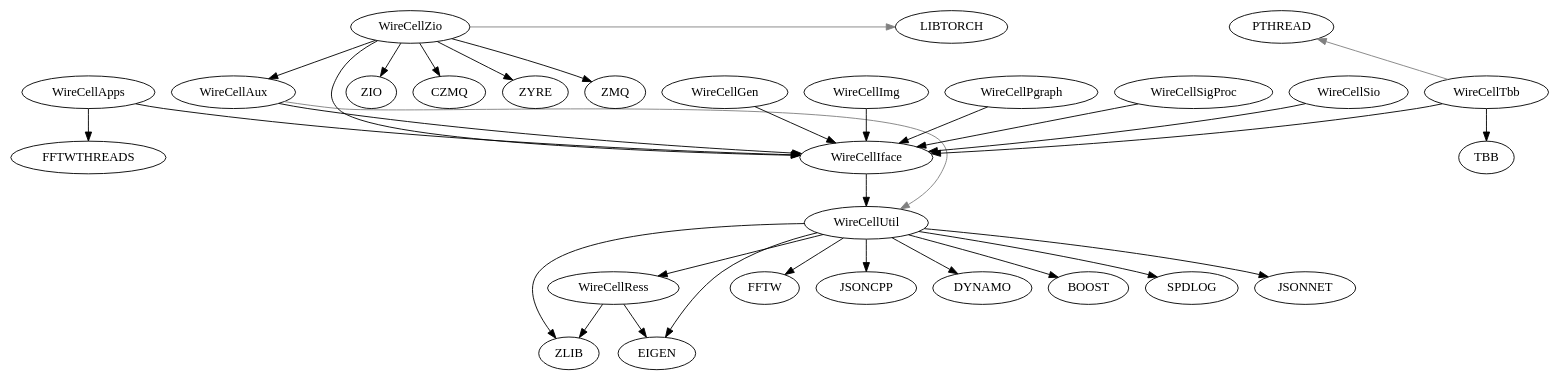
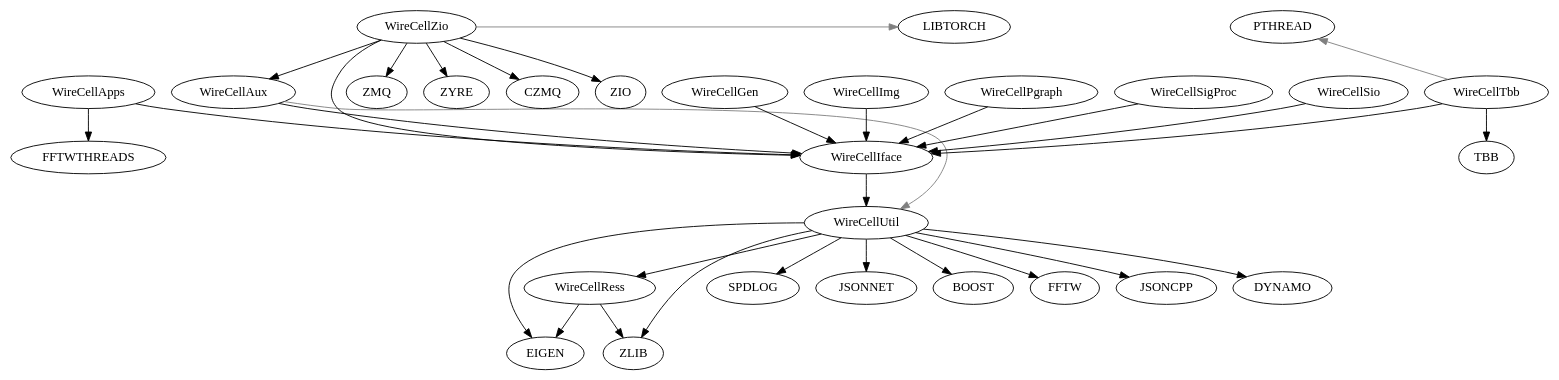
Before and after one commit to zhihuadong/wire-cell-toolkit: the diagram in wct-deps.dot, drawn with Graphviz. The commit also changed other lines of this file and 2 other files, not shown here.

Commit message:
Adapt to move of pack/unpack to util and hide check main when there is no libtorch

```diff
--- a/wct-deps.dot
+++ b/wct-deps.dot
@@ -1,45 +1,45 @@
 digraph deps {
 	"WireCellApps";
 	"WireCellAux";
 	"WireCellGen";
 	"WireCellIface";
 	"WireCellImg";
 	"WireCellPgraph";
 	"WireCellRess";
 	"WireCellSigProc";
 	"WireCellSio";
 	"WireCellTbb";
 	"WireCellUtil";
 	"WireCellZio";
+	"WireCellApps" -> "WireCellIface"[color="black"];
 	"WireCellApps" -> "FFTWTHREADS"[color="black"];
-	"WireCellApps" -> "WireCellIface"[color="black"];
 	"WireCellAux" -> "WireCellIface"[color="black"];
 	"WireCellAux" -> "WireCellUtil"[color="gray",constraint=false];
 	"WireCellGen" -> "WireCellIface"[color="black"];
 	"WireCellIface" -> "WireCellUtil"[color="black"];
 	"WireCellImg" -> "WireCellIface"[color="black"];
 	"WireCellPgraph" -> "WireCellIface"[color="black"];
+	"WireCellRess" -> "EIGEN"[color="black"];
 	"WireCellRess" -> "ZLIB"[color="black"];
-	"WireCellRess" -> "EIGEN"[color="black"];
 	"WireCellSigProc" -> "WireCellIface"[color="black"];
 	"WireCellSio" -> "WireCellIface"[color="black"];
+	"WireCellTbb" -> "WireCellIface"[color="black"];
 	"WireCellTbb" -> "TBB"[color="black"];
-	"WireCellTbb" -> "WireCellIface"[color="black"];
 	"WireCellTbb" -> "PTHREAD"[color="gray",constraint=false];
+	"WireCellUtil" -> "EIGEN"[color="black"];
+	"WireCellUtil" -> "SPDLOG"[color="black"];
+	"WireCellUtil" -> "JSONNET"[color="black"];
+	"WireCellUtil" -> "ZLIB"[color="black"];
+	"WireCellUtil" -> "BOOST"[color="black"];
+	"WireCellUtil" -> "WireCellRess"[color="black"];
 	"WireCellUtil" -> "FFTW"[color="black"];
 	"WireCellUtil" -> "JSONCPP"[color="black"];
 	"WireCellUtil" -> "DYNAMO"[color="black"];
-	"WireCellUtil" -> "BOOST"[color="black"];
-	"WireCellUtil" -> "EIGEN"[color="black"];
-	"WireCellUtil" -> "WireCellRess"[color="black"];
-	"WireCellUtil" -> "ZLIB"[color="black"];
-	"WireCellUtil" -> "SPDLOG"[color="black"];
-	"WireCellUtil" -> "JSONNET"[color="black"];
-	"WireCellZio" -> "ZIO"[color="black"];
-	"WireCellZio" -> "WireCellIface"[color="black"];
+	"WireCellZio" -> "ZMQ"[color="black"];
+	"WireCellZio" -> "ZYRE"[color="black"];
 	"WireCellZio" -> "WireCellAux"[color="black"];
 	"WireCellZio" -> "CZMQ"[color="black"];
-	"WireCellZio" -> "ZYRE"[color="black"];
-	"WireCellZio" -> "ZMQ"[color="black"];
+	"WireCellZio" -> "WireCellIface"[color="black"];
+	"WireCellZio" -> "ZIO"[color="black"];
 	"WireCellZio" -> "LIBTORCH"[color="gray",constraint=false];
 }
```
